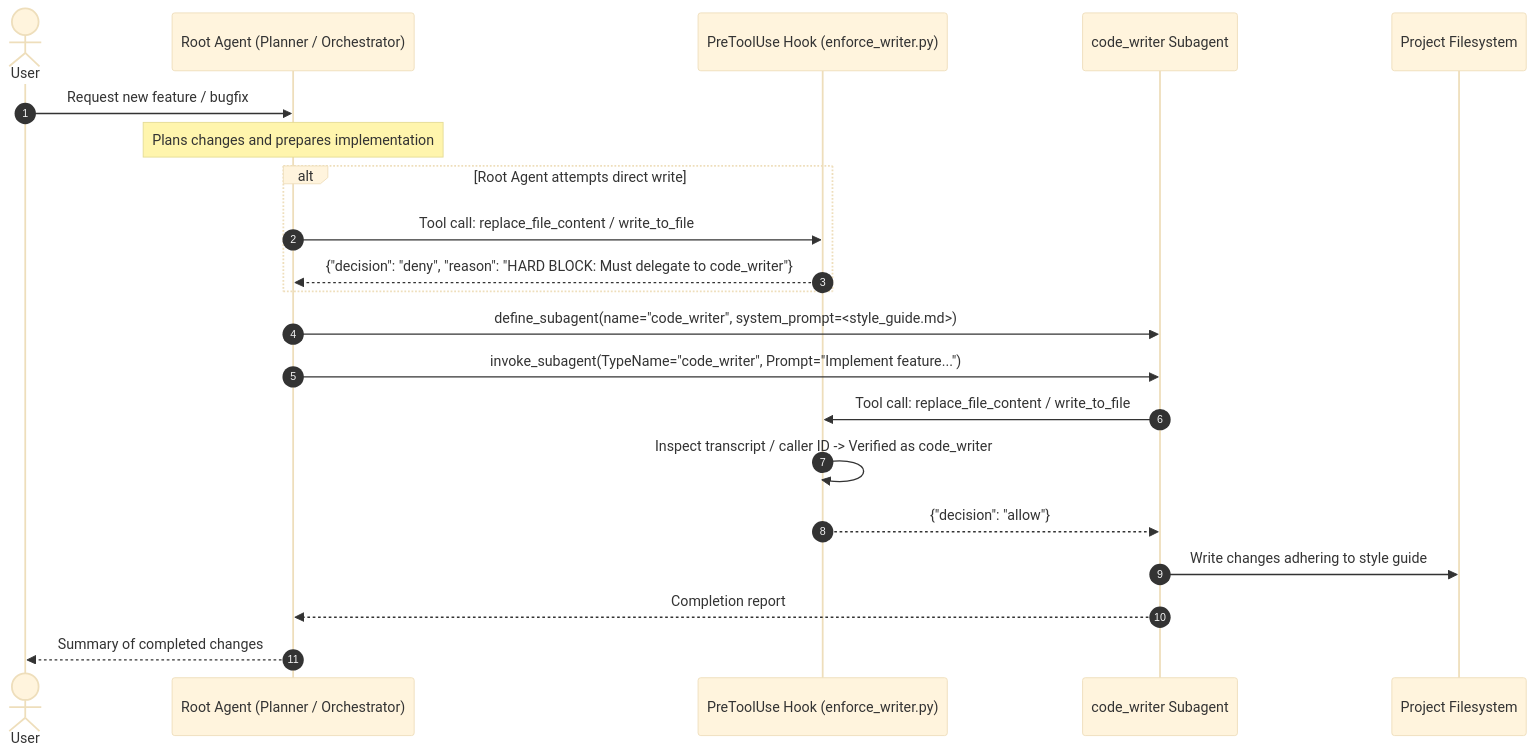
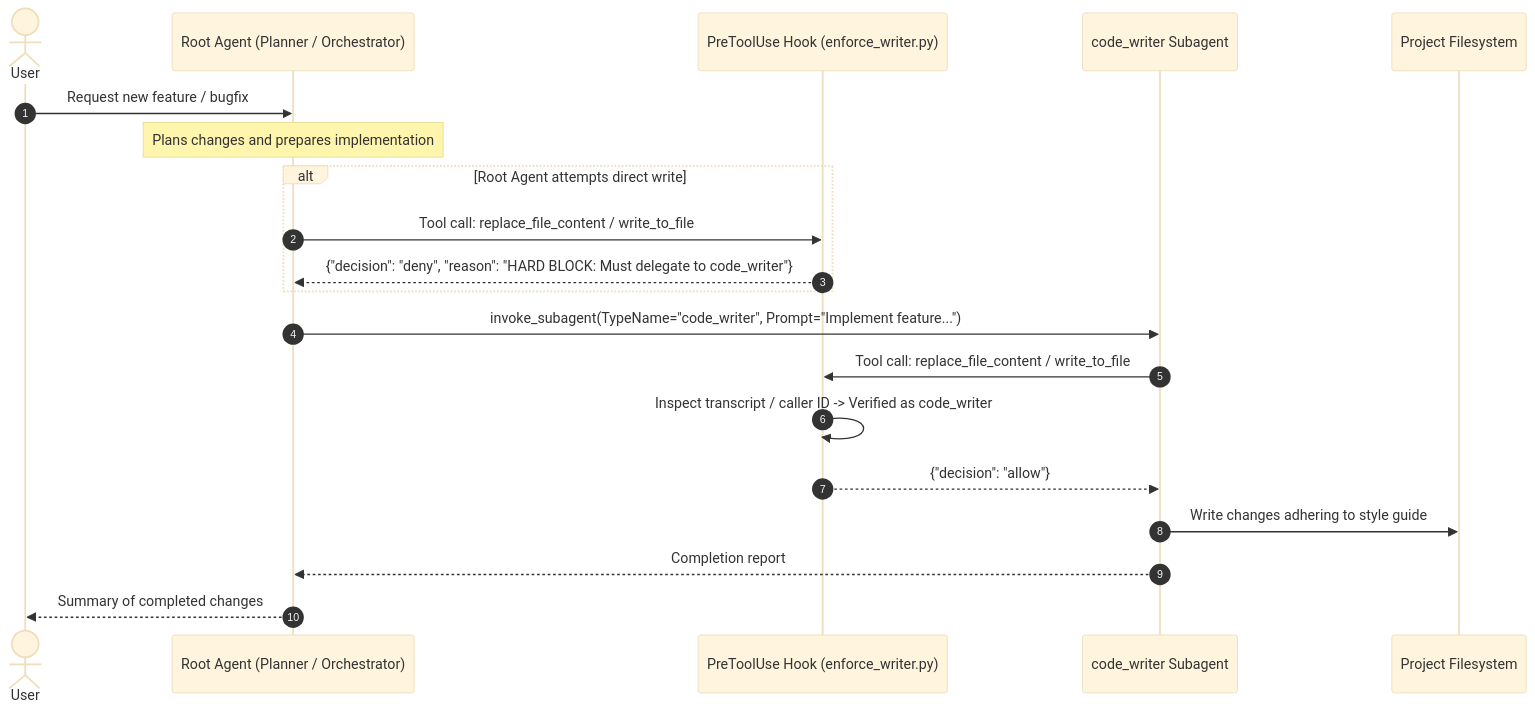
The diagram in README.md (j-steve/code-writer-kit), drawn with Mermaid (base theme) before and after one commit. The commit also changed other lines of this file and 3 other files, not shown here.

Commit message:
refactor: specify explicit style guide paths and remove runtime define_subagent fallback

````diff
--- a/README.md
+++ b/README.md
@@ -38,24 +38,23 @@
 ```mermaid
 sequenceDiagram
     autonumber
     actor User
     participant RootAgent as Root Agent (Planner / Orchestrator)
     participant Hook as PreToolUse Hook (enforce_writer.py)
     participant Subagent as code_writer Subagent
     participant Filesystem as Project Filesystem
 
     User->>RootAgent: Request new feature / bugfix
     Note over RootAgent: Plans changes and prepares implementation
     alt Root Agent attempts direct write
         RootAgent->>Hook: Tool call: replace_file_content / write_to_file
         Hook-->>RootAgent: {"decision": "deny", "reason": "HARD BLOCK: Must delegate to code_writer"}
     end
-    RootAgent->>Subagent: define_subagent(name="code_writer", system_prompt=<style_guide.md>)
     RootAgent->>Subagent: invoke_subagent(TypeName="code_writer", Prompt="Implement feature...")
     Subagent->>Hook: Tool call: replace_file_content / write_to_file
     Hook->>Hook: Inspect transcript / caller ID -> Verified as code_writer
     Hook-->>Subagent: {"decision": "allow"}
     Subagent->>Filesystem: Write changes adhering to style guide
     Subagent-->>RootAgent: Completion report
     RootAgent-->>User: Summary of completed changes
 ```
````
